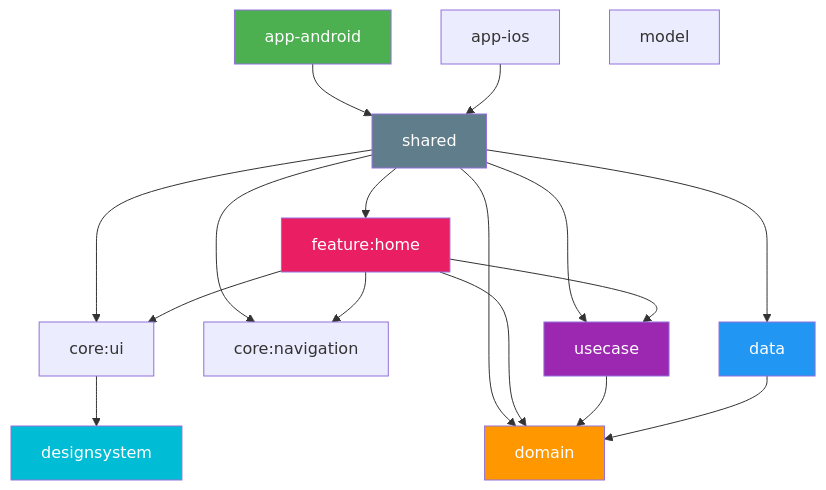
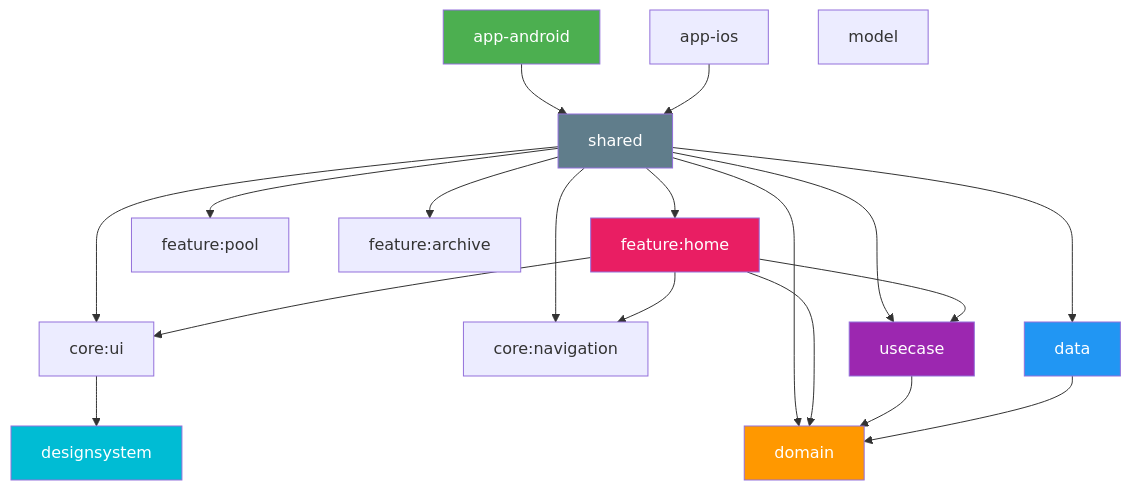
The diagram in README.md (rmakiyama/wishline), drawn with Mermaid before and after one commit. The commit also changed 4 other files, not shown here.

````diff
--- a/README.md
+++ b/README.md
@@ -51,32 +51,34 @@
 ```mermaid
 graph TD
     app-android --> shared
     app-ios --> shared
 
     shared --> feature:home
+    shared --> feature:pool
+    shared --> feature:archive
     shared --> core:ui
     shared --> core:navigation
     shared --> usecase
     shared --> domain
     shared --> data
 
     feature:home --> core:ui
     feature:home --> core:navigation
     feature:home --> usecase
     feature:home --> domain
 
     core:ui --> designsystem
 
     usecase --> domain
     data --> domain
 
     model
 
     style app-android fill:#4CAF50,color:#fff
     style shared fill:#607D8B,color:#fff
     style domain fill:#FF9800,color:#fff
     style data fill:#2196F3,color:#fff
     style usecase fill:#9C27B0,color:#fff
     style feature:home fill:#E91E63,color:#fff
     style designsystem fill:#00BCD4,color:#fff
 ```
````
